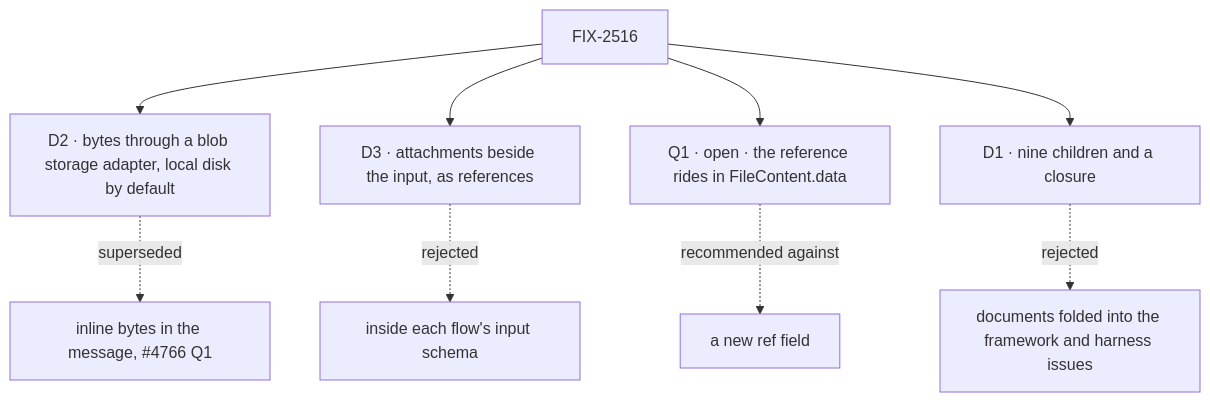
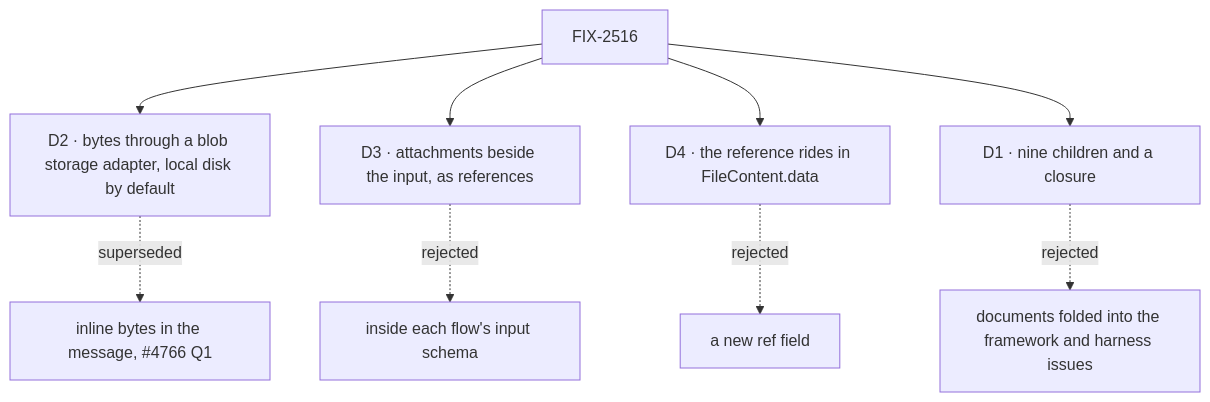
One commit to fixpoint-labs/flow-state-dev changed the diagram in specs/epics/FIX-2516/DECISIONS.md. Above: the diagram before and after it, drawn with Mermaid. The commit also changed other lines of this file and 2 other files, not shown here.

````diff
--- a/specs/epics/FIX-2516/DECISIONS.md
+++ b/specs/epics/FIX-2516/DECISIONS.md
@@ -12,11 +11,11 @@
 ```mermaid
 flowchart TD
   E["FIX-2516"] --> D2["D2 · bytes through a blob storage adapter, local disk by default"]
   D2 -.->|"superseded"| X1["inline bytes in the message, #4766 Q1"]
   E --> D3["D3 · attachments beside the input, as references"]
   D3 -.->|"rejected"| X2["inside each flow's input schema"]
-  E --> Q1["Q1 · open · the reference rides in FileContent.data"]
-  Q1 -.->|"recommended against"| X3["a new ref field"]
+  E --> D4["D4 · the reference rides in FileContent.data"]
+  D4 -.->|"rejected"| X3["a new ref field"]
   E --> D1["D1 · nine children and a closure"]
   D1 -.->|"rejected"| X4["documents folded into the framework and harness issues"]
 ```
````
